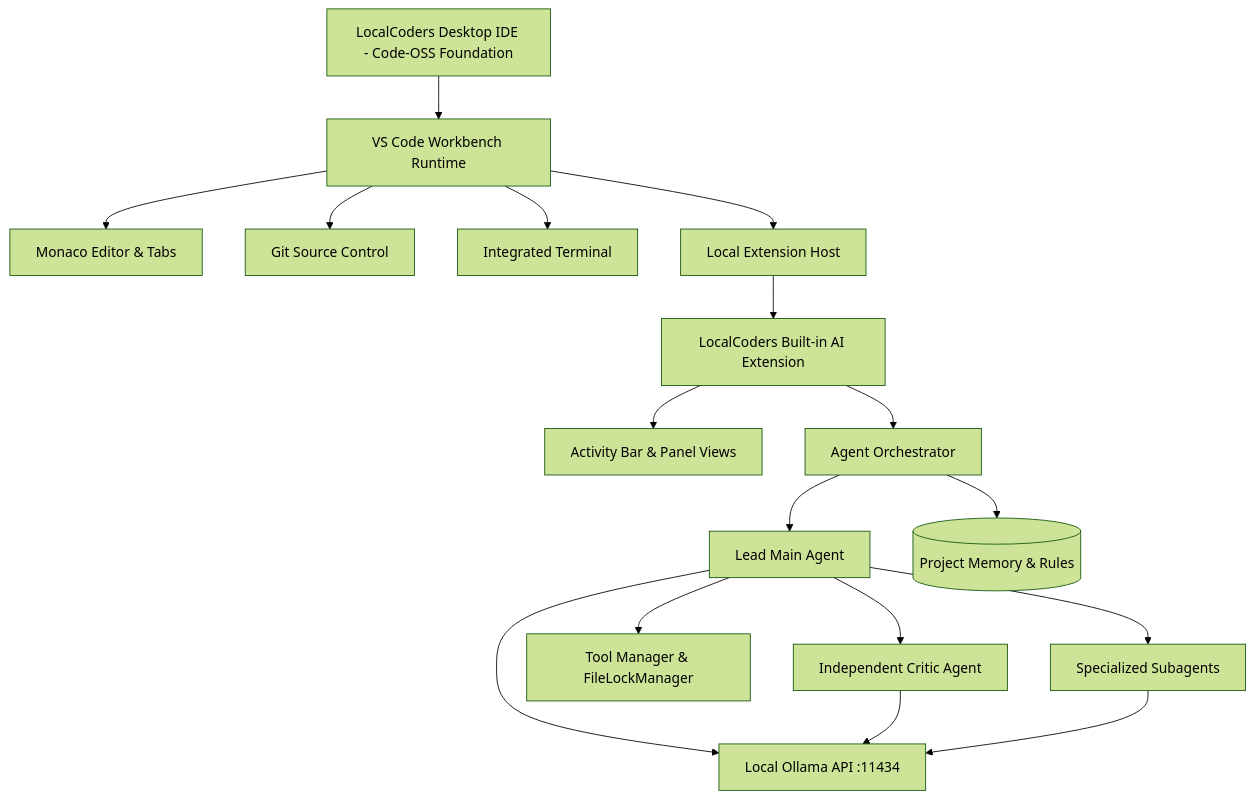
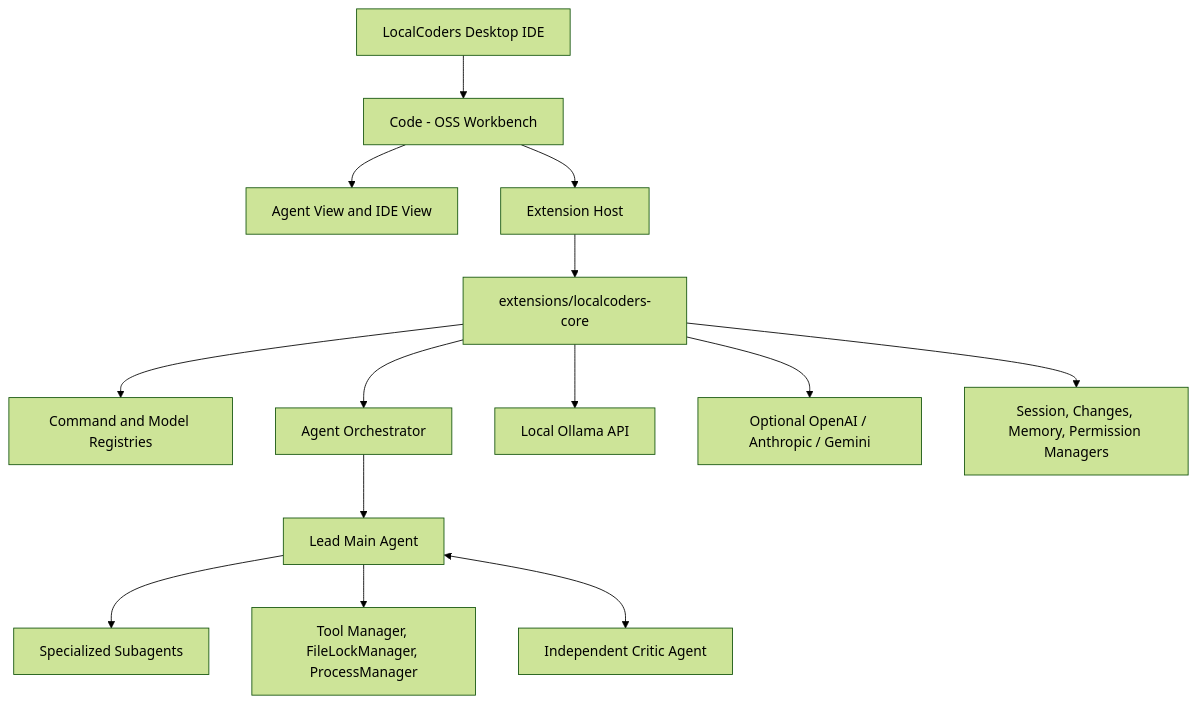
One commit to luongjuan123/LocalCoders changed the diagram in README.md. Above: the diagram before and after it, drawn with Mermaid (forest theme). The commit also changed other lines of this file and 82 other files, not shown here.

Commit message:
feat(localcoders): agent cockpit, slash commands, critic loop, stdin tools, and clean README

````diff
--- a/README.md
+++ b/README.md
@@ -36,22 +28,19 @@
 ```mermaid
 graph TD
-    App[LocalCoders Desktop IDE - Code-OSS Foundation] --> WB[VS Code Workbench Runtime]
-    WB --> Editor[Monaco Editor & Tabs]
-    WB --> SCM[Git Source Control]
-    WB --> Term[Integrated Terminal]
-    WB --> ExtHost[Local Extension Host]
+    App[LocalCoders Desktop IDE] --> WB[Code - OSS Workbench]
+    WB --> Editor[Agent View and IDE View]
+    WB --> ExtHost[Extension Host]
 
-    ExtHost --> LCExt[LocalCoders Built-in AI Extension]
-    LCExt --> ActBar[Activity Bar & Panel Views]
-    LCExt --> Orchestrator[Agent Orchestrator]
-    
+    ExtHost --> Core[extensions/localcoders-core]
+    Core --> Registry[Command and Model Registries]
+    Core --> Orchestrator[Agent Orchestrator]
+
     Orchestrator --> MainAgent[Lead Main Agent]
     MainAgent --> Subagents[Specialized Subagents]
-    MainAgent --> ToolEngine[Tool Manager & FileLockManager]
-    MainAgent --> Critic[Independent Critic Agent]
+    MainAgent --> Tools[Tool Manager, FileLockManager, ProcessManager]
+    MainAgent <--> Critic[Independent Critic Agent]
 
-    MainAgent --> Ollama[Local Ollama API :11434]
-    Critic --> Ollama
-    Subagents --> Ollama
-    Orchestrator --> Memory[(Project Memory & Rules)]
+    Core --> Ollama[Local Ollama API]
+    Core --> Cloud[Optional OpenAI / Anthropic / Gemini]
+    Core --> State[Session, Changes, Memory, Permission Managers]
 ```
````
